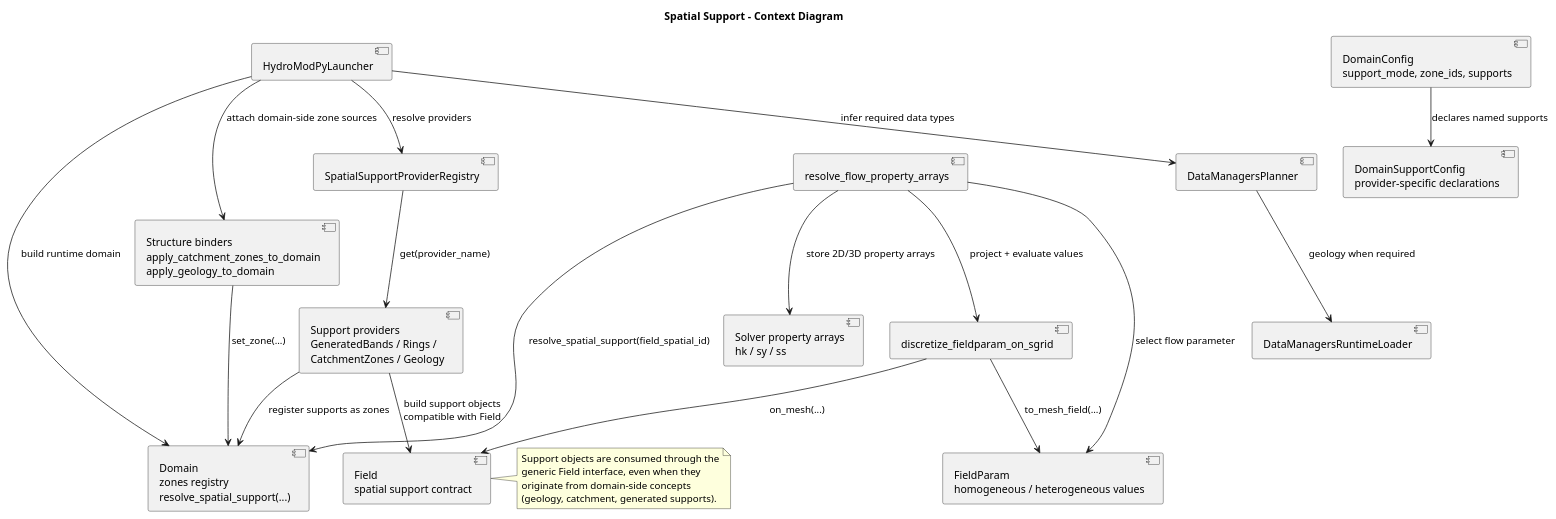
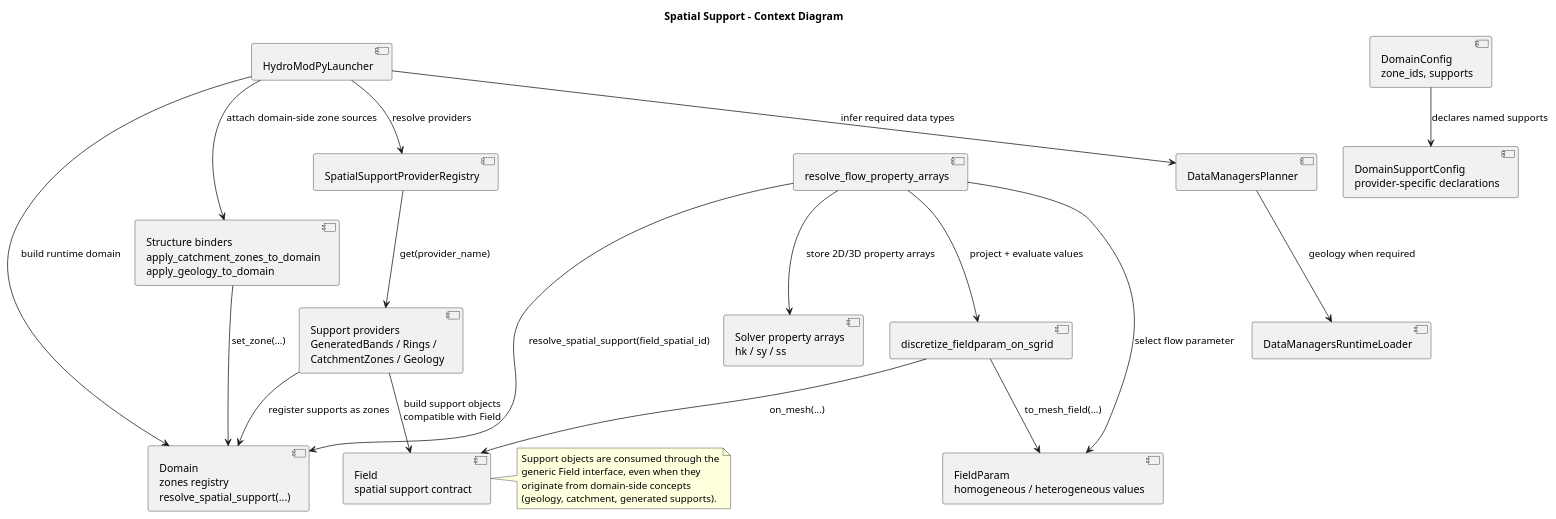
Before and after one commit to HydroModPy/HydroModPy: the diagram in docs/readthedocs/source/architecture/spatial_support/diagrams/spatial_support_context.wsd, drawn with PlantUML. The commit also changed 62 other files, not shown here.

```diff
--- a/docs/readthedocs/source/architecture/spatial_support/diagrams/spatial_support_context.wsd
+++ b/docs/readthedocs/source/architecture/spatial_support/diagrams/spatial_support_context.wsd
@@ -1,43 +1,43 @@
 @startuml
 title Spatial Support - Context Diagram
 
-component "DomainConfig\nsupport_mode, zone_ids, supports" as DomainConfig
+component "DomainConfig\nzone_ids, supports" as DomainConfig
 component "DomainSupportConfig\nprovider-specific declarations" as SupportConfig
 component "HydroModPyLauncher" as Launcher
 component "DataManagersPlanner" as Planner
 component "DataManagersRuntimeLoader" as Loader
 component "Structure binders\napply_catchment_zones_to_domain\napply_geology_to_domain" as Binders
 component "Domain\nzones registry\nresolve_spatial_support(...)" as Domain
 component "SpatialSupportProviderRegistry" as Registry
 component "Support providers\nGeneratedBands / Rings /\nCatchmentZones / Geology" as Providers
 component "Field\nspatial support contract" as Field
 component "FieldParam\nhomogeneous / heterogeneous values" as FieldParam
 component "discretize_fieldparam_on_sgrid" as Discretizer
 component "resolve_flow_property_arrays" as PropertyMapping
 component "Solver property arrays\nhk / sy / ss" as SolverArrays
 
 DomainConfig --> SupportConfig : declares named supports
 Launcher --> Planner : infer required data types
 Planner --> Loader : geology when required
 Launcher --> Domain : build runtime domain
 Launcher --> Binders : attach domain-side zone sources
 Binders --> Domain : set_zone(...)
 Launcher --> Registry : resolve providers
 Registry --> Providers : get(provider_name)
 Providers --> Field : build support objects\ncompatible with Field
 Providers --> Domain : register supports as zones
 PropertyMapping --> FieldParam : select flow parameter
 PropertyMapping --> Domain : resolve_spatial_support(field_spatial_id)
 PropertyMapping --> Discretizer : project + evaluate values
 Discretizer --> Field : on_mesh(...)
 Discretizer --> FieldParam : to_mesh_field(...)
 PropertyMapping --> SolverArrays : store 2D/3D property arrays
 
 note right of Field
 Support objects are consumed through the
 generic Field interface, even when they
 originate from domain-side concepts
 (geology, catchment, generated supports).
 end note
 
 @enduml
```
